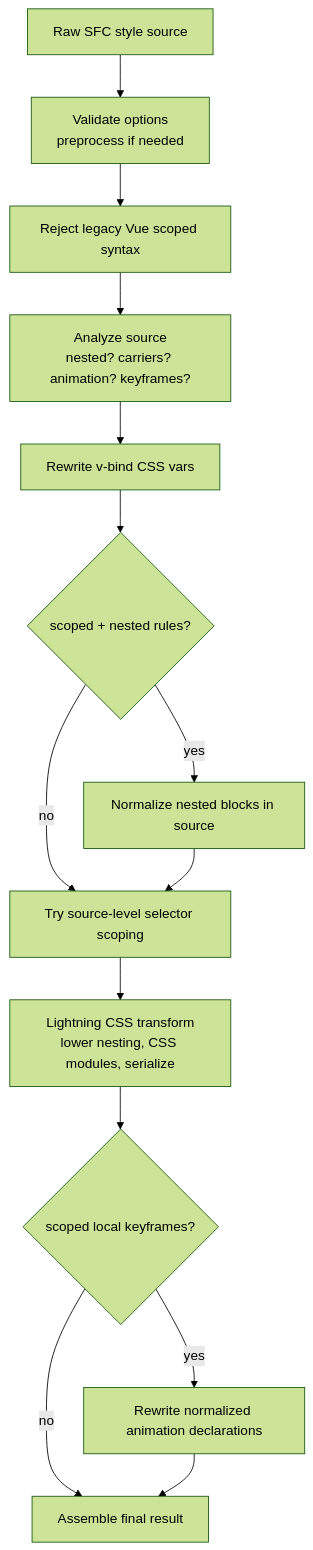
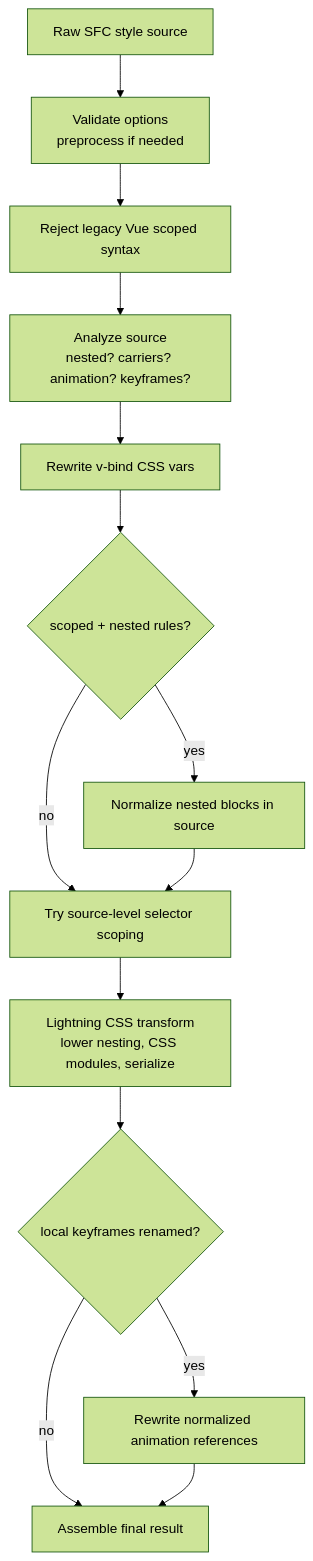
One commit to haoqunjiang/lightning-vue changed the diagram in packages/compiler/ARCHITECTURE.md. Above: the diagram before and after it, drawn with Mermaid (forest theme). The commit also changed other lines of this file and 27 other files, not shown here.

Commit message:
refactor(animation): split normalized rewrite into plan/apply stages

````diff
--- a/packages/compiler/ARCHITECTURE.md
+++ b/packages/compiler/ARCHITECTURE.md
@@ -68,16 +68,16 @@
 ```mermaid
 flowchart TD
   A[Raw SFC style source] --> B[Validate options<br/>preprocess if needed]
   B --> C[Reject legacy Vue scoped syntax]
   C --> D[Analyze source<br/>nested? carriers? animation? keyframes?]
   D --> E[Rewrite v-bind CSS vars]
   E --> F{scoped + nested rules?}
   F -- yes --> G[Normalize nested blocks in source]
   F -- no --> H
   G --> H[Try source-level selector scoping]
   H --> I[Lightning CSS transform<br/>lower nesting, CSS modules, serialize]
-  I --> J{scoped local keyframes?}
-  J -- yes --> K[Rewrite normalized animation declarations]
+  I --> J{local keyframes renamed?}
+  J -- yes --> K[Rewrite normalized animation references]
   J -- no --> L
   K --> L[Assemble final result]
 ```
````
